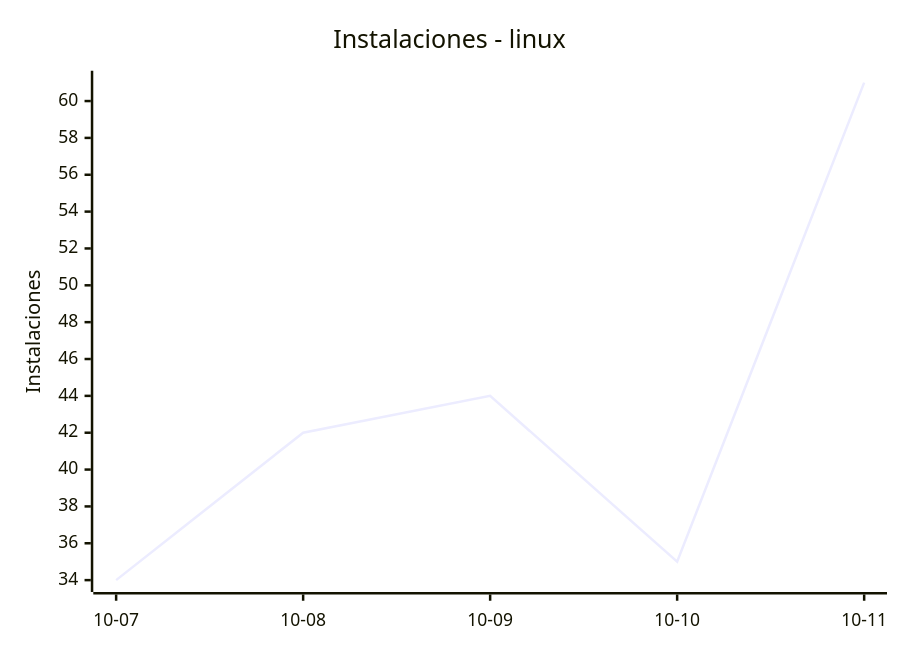
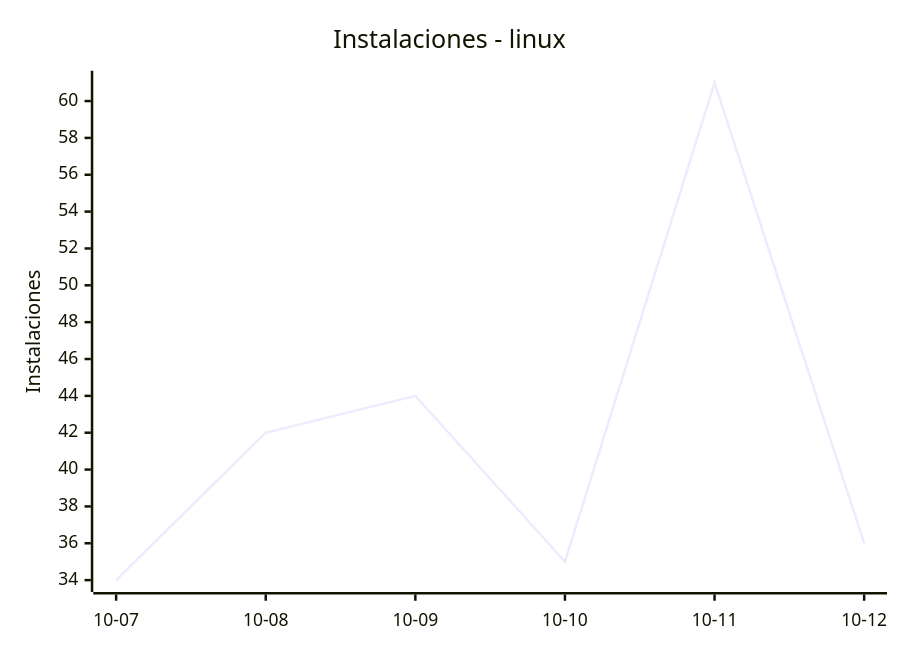
One commit to EmuDeck/stats changed the fourth of 8 diagrams in README.md. Above: the diagram before and after it, drawn with Mermaid. The commit also changed other lines of this file and 2 other files, not shown here.

````diff
--- a/README.md
+++ b/README.md
@@ -52,7 +52,7 @@
 ```mermaid
 xychart-beta
     title "Instalaciones - linux"
-    x-axis ["10-07", "10-08", "10-09", "10-10", "10-11"]
+    x-axis ["10-07", "10-08", "10-09", "10-10", "10-11", "10-12"]
     y-axis "Instalaciones"
-    line [34, 42, 44, 35, 61]
+    line [34, 42, 44, 35, 61, 36]
 ```
````
